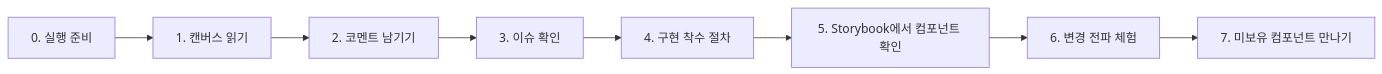
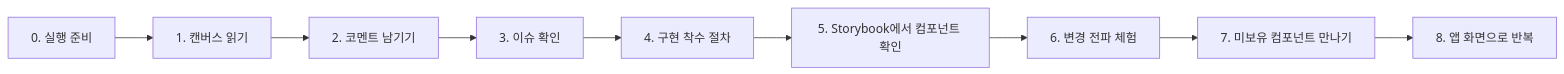
Before and after one commit to owalsen/one-canvas-sample: the diagram in docs/hands-on-guide.md, drawn with Mermaid. The commit also changed other lines of this file and 61 other files, not shown here.

````diff
--- a/docs/hands-on-guide.md
+++ b/docs/hands-on-guide.md
@@ -8,7 +8,7 @@
 ```mermaid
 flowchart LR
     S0["0. 실행 준비"] --> S1["1. 캔버스 읽기"] --> S2["2. 코멘트 남기기"]
     S2 --> S3["3. 이슈 확인"] --> S4["4. 구현 착수 절차"]
     S4 --> S5["5. Storybook에서 컴포넌트 확인"]
-    S5 --> S6["6. 변경 전파 체험"] --> S7["7. 미보유 컴포넌트 만나기"]
+    S5 --> S6["6. 변경 전파 체험"] --> S7["7. 미보유 컴포넌트 만나기"] --> S8["8. 앱 화면으로 반복"]
 ```
````
